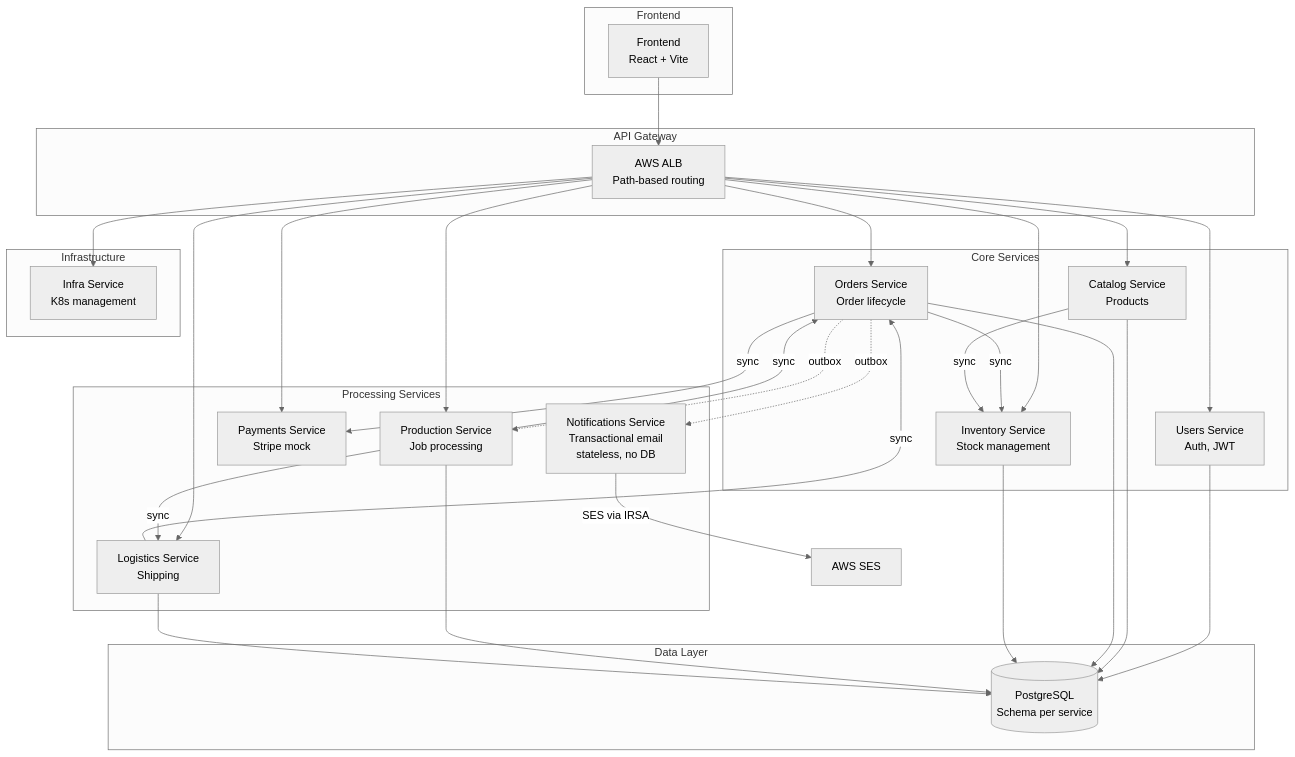
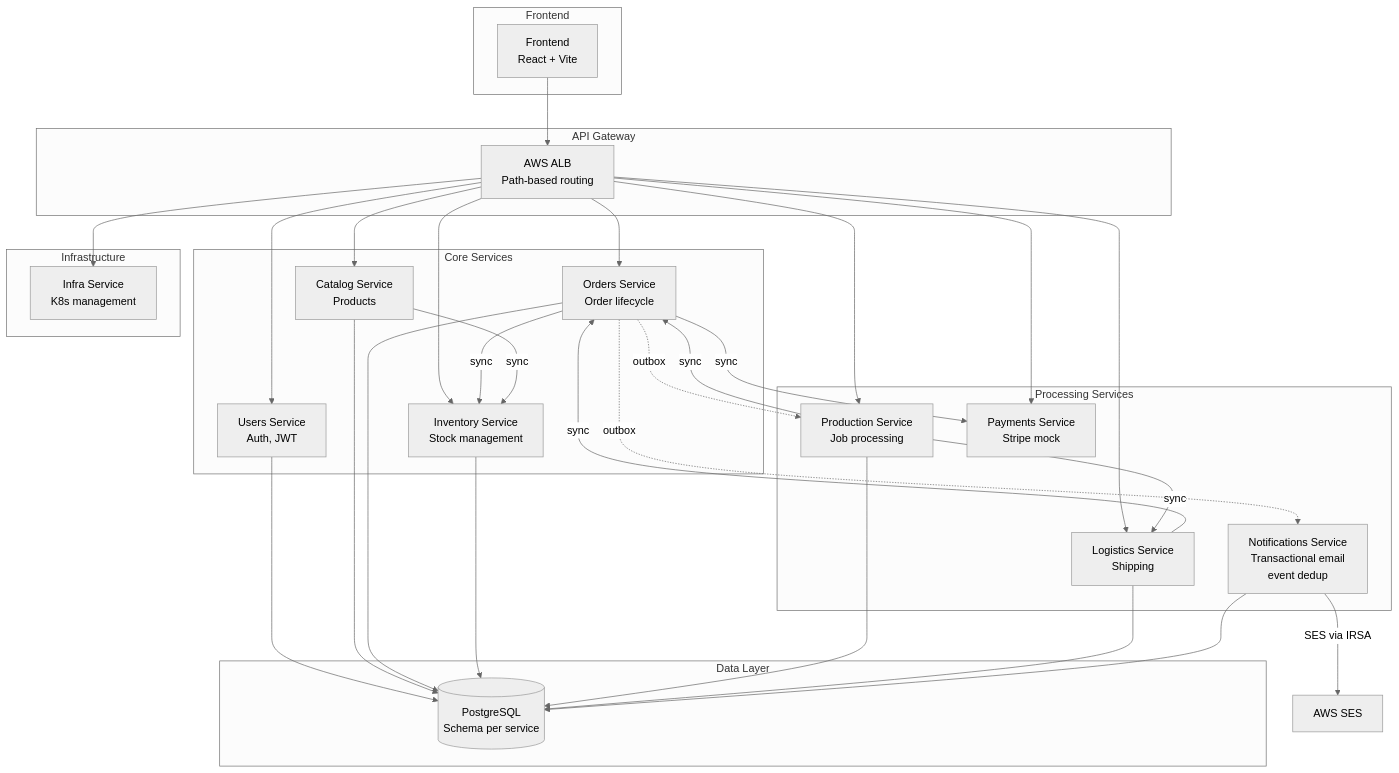
The first of 8 diagrams in docs/ARCHITECTURE.md (PolovinaD/posters-shop), drawn with Mermaid (neutral theme) before and after one commit. The commit also changed other lines of this file, not shown here.

Commit message:
docs: notifications is DB-backed in ARCHITECTURE diagram and prose

````diff
--- a/docs/ARCHITECTURE.md
+++ b/docs/ARCHITECTURE.md
@@ -11,59 +11,60 @@
 ```mermaid
 graph TB
     subgraph "Frontend"
         FE[Frontend<br/>React + Vite]
     end
     
     subgraph "API Gateway"
         ALB[AWS ALB<br/>Path-based routing]
     end
     
     subgraph "Core Services"
         USERS[Users Service<br/>Auth, JWT]
         CATALOG[Catalog Service<br/>Products]
         ORDERS[Orders Service<br/>Order lifecycle]
         INVENTORY[Inventory Service<br/>Stock management]
     end
     
     subgraph "Processing Services"
         PRODUCTION[Production Service<br/>Job processing]
         LOGISTICS[Logistics Service<br/>Shipping]
         PAYMENTS[Payments Service<br/>Stripe mock]
-        NOTIFICATIONS[Notifications Service<br/>Transactional email<br/>stateless, no DB]
+        NOTIFICATIONS[Notifications Service<br/>Transactional email<br/>event dedup]
     end
     
     subgraph "Infrastructure"
         INFRA[Infra Service<br/>K8s management]
     end
     
     subgraph "Data Layer"
         PG[(PostgreSQL<br/>Schema per service)]
     end
     
     FE --> ALB
     ALB --> USERS
     ALB --> CATALOG
     ALB --> ORDERS
     ALB --> INVENTORY
     ALB --> PRODUCTION
     ALB --> LOGISTICS
     ALB --> PAYMENTS
     ALB --> INFRA
     
     ORDERS -->|sync| INVENTORY
     ORDERS -->|sync| PAYMENTS
     ORDERS -.->|outbox| PRODUCTION
     ORDERS -.->|outbox| NOTIFICATIONS
     NOTIFICATIONS -->|SES via IRSA| SES[AWS SES]
     PRODUCTION -->|sync| ORDERS
     PRODUCTION -->|sync| LOGISTICS
     LOGISTICS -->|sync| ORDERS
     CATALOG -->|sync| INVENTORY
     
     USERS --> PG
     CATALOG --> PG
     ORDERS --> PG
     INVENTORY --> PG
     PRODUCTION --> PG
     LOGISTICS --> PG
+    NOTIFICATIONS --> PG
 ```
````
